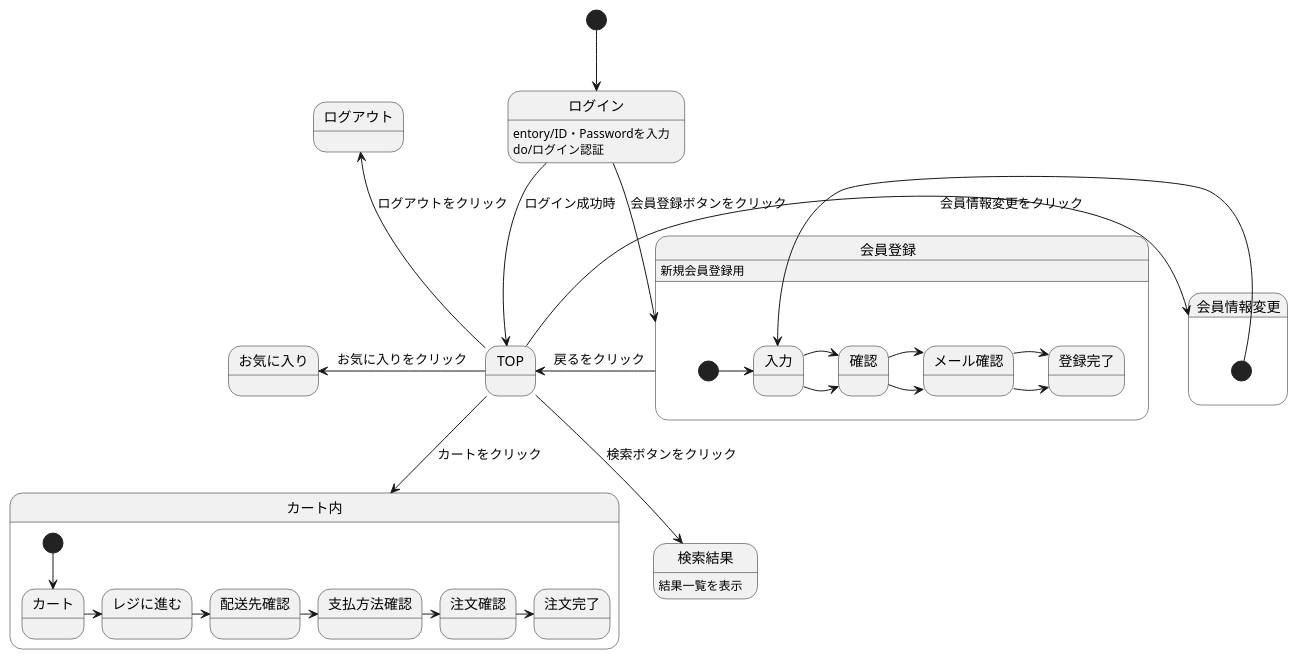
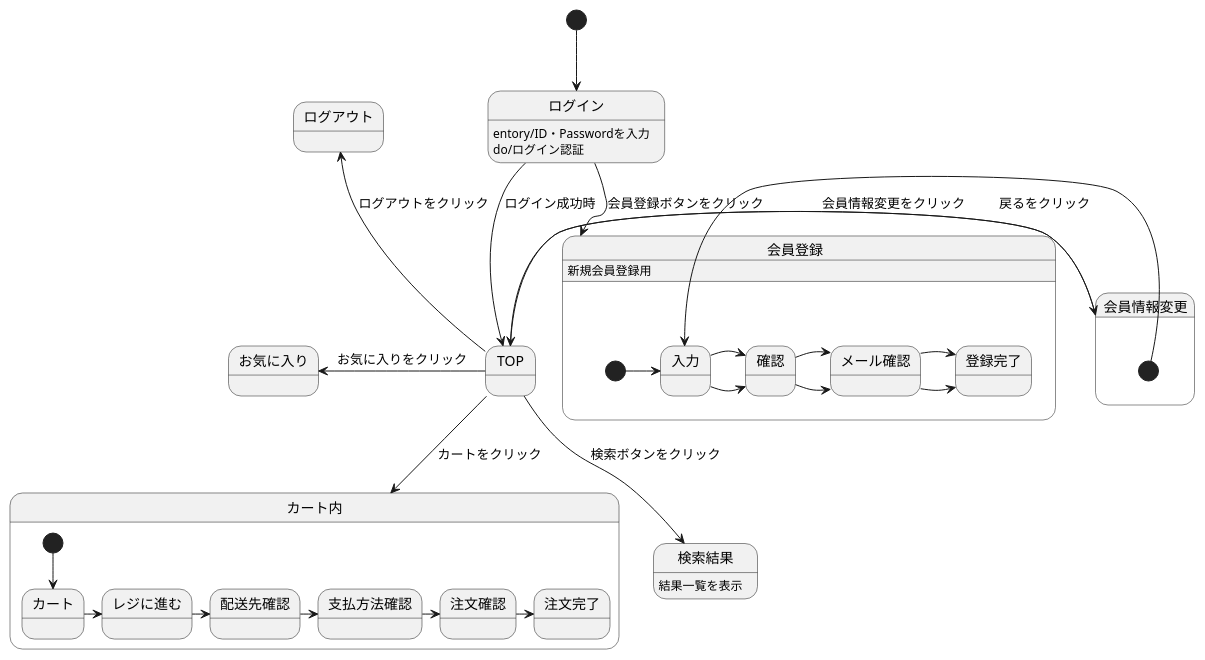
The diagram in チーム開発/画面遷移.md (Aso2101121/2021sys-design-2), drawn with PlantUML before and after one commit.

````diff
--- a/チーム開発/画面遷移.md
+++ b/チーム開発/画面遷移.md
@@ -1,42 +1,42 @@
 ```uml
 @startuml
 [*]      -down->   ログイン 
 ログイン  -down->   TOP: ログイン成功時
 ログイン: entory/ID・Passwordを入力
 ログイン: do/ログイン認証
 ログイン  -right->   会員登録: 会員登録ボタンをクリック
 会員登録: 新規会員登録用
 TOP      -right->   会員情報変更: 会員情報変更をクリック
-会員登録  ->       TOP: 戻るをクリック
+会員情報変更  ->    TOP: 戻るをクリック
 TOP       -down->  カート内: カートをクリック
 TOP       -up->    ログアウト: ログアウトをクリック
 TOP       -left->  お気に入り: お気に入りをクリック
 TOP     -down->    検索結果: 検索ボタンをクリック
 検索結果: 結果一覧を表示
 
 
 state 会員登録{
  [*]     ->  入力
  入力     ->  確認
  確認     ->  メール確認
  メール確認 -> 登録完了
 }
 
 state 会員情報変更{
  [*]     ->  入力
  入力     ->  確認
  確認     ->  メール確認
  メール確認 -> 登録完了
 }
 
 state カート内{
  [*]    -->    カート
  カート  ->    レジに進む
  レジに進む  ->  配送先確認
  配送先確認 ->   支払方法確認
  支払方法確認 -> 注文確認
  注文確認 ->  注文完了
 }
 
 @enduml
 ```
````
